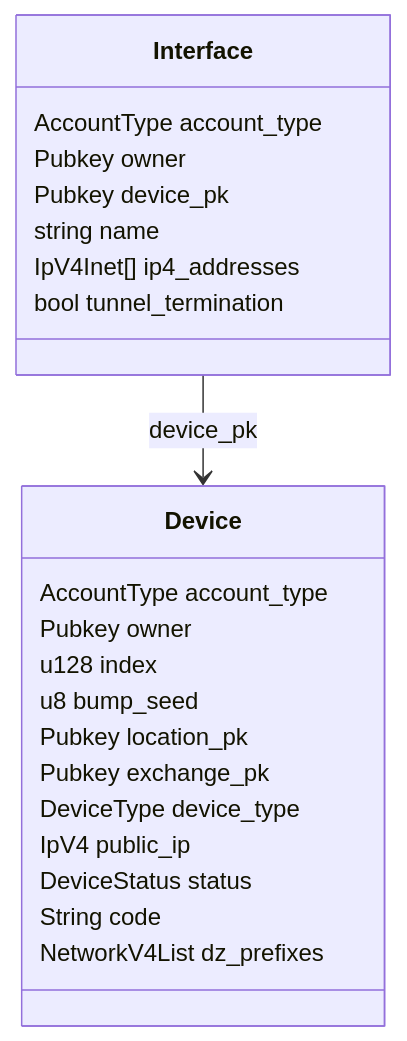
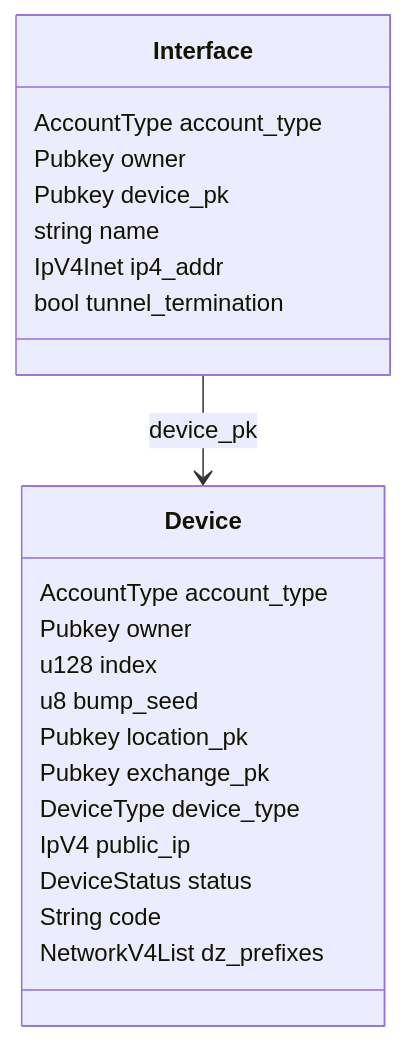
Before and after one commit to malbeclabs/doublezero: the second of 2 diagrams in rfcs/rfc3-simultaneous-tunnels.md, drawn with Mermaid. The commit also changed other lines of this file, not shown here.

`````diff
--- a/rfcs/rfc3-simultaneous-tunnels.md
+++ b/rfcs/rfc3-simultaneous-tunnels.md
@@ -36,27 +30,26 @@
 ```mermaid
 classDiagram
     class Interface {
       AccountType account_type
       Pubkey owner
       Pubkey device_pk
       string name
-      IpV4Inet[] ip4_addresses
+      IpV4Inet ip4_addr
       bool tunnel_termination
-      
     }
     class Device {
         AccountType account_type
         Pubkey owner
         u128 index
         u8 bump_seed
         Pubkey location_pk
         Pubkey exchange_pk
         DeviceType device_type
         IpV4 public_ip
         DeviceStatus status
         String code
         NetworkV4List dz_prefixes
     }
 
     Interface --> Device : device_pk
 ````
`````
